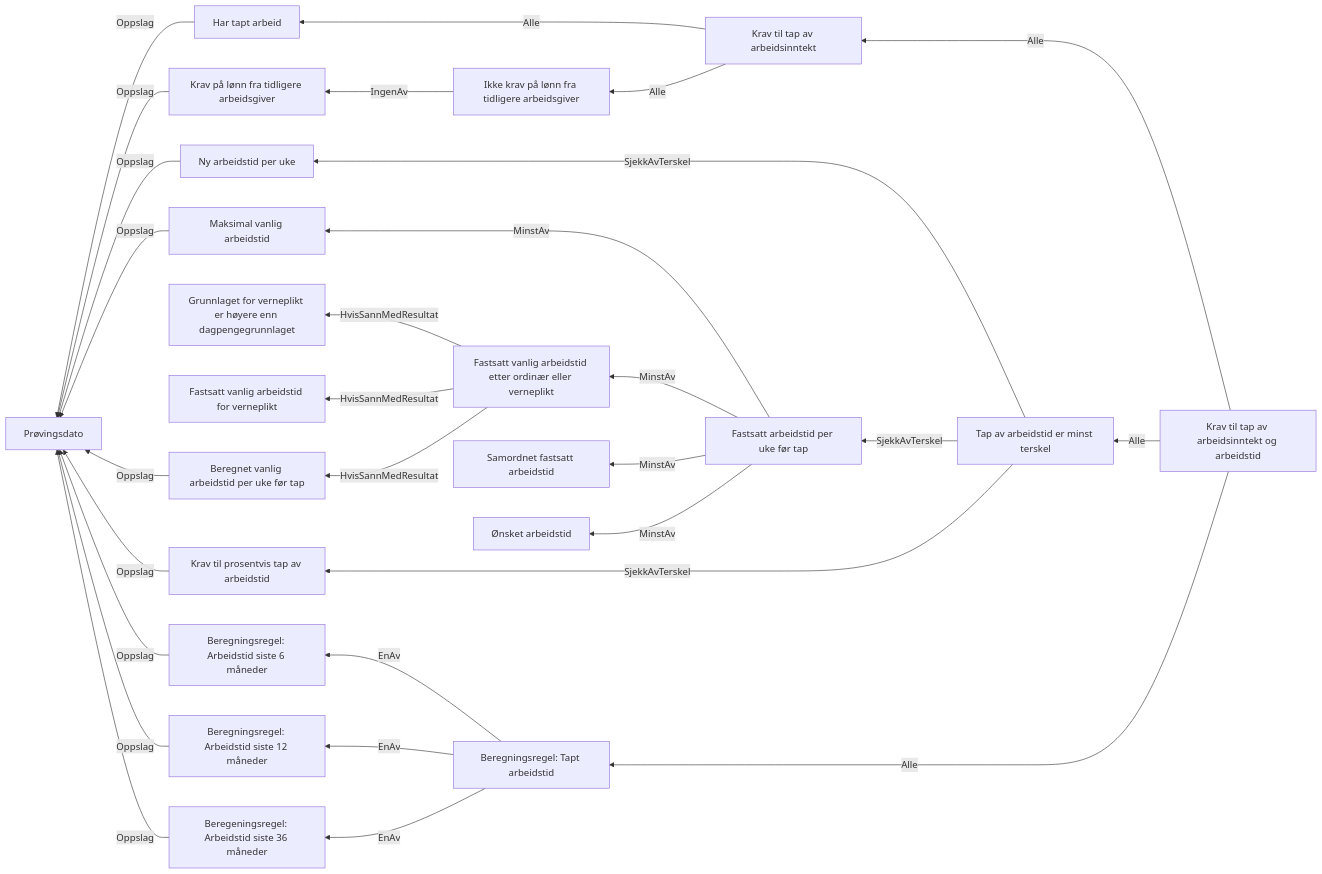
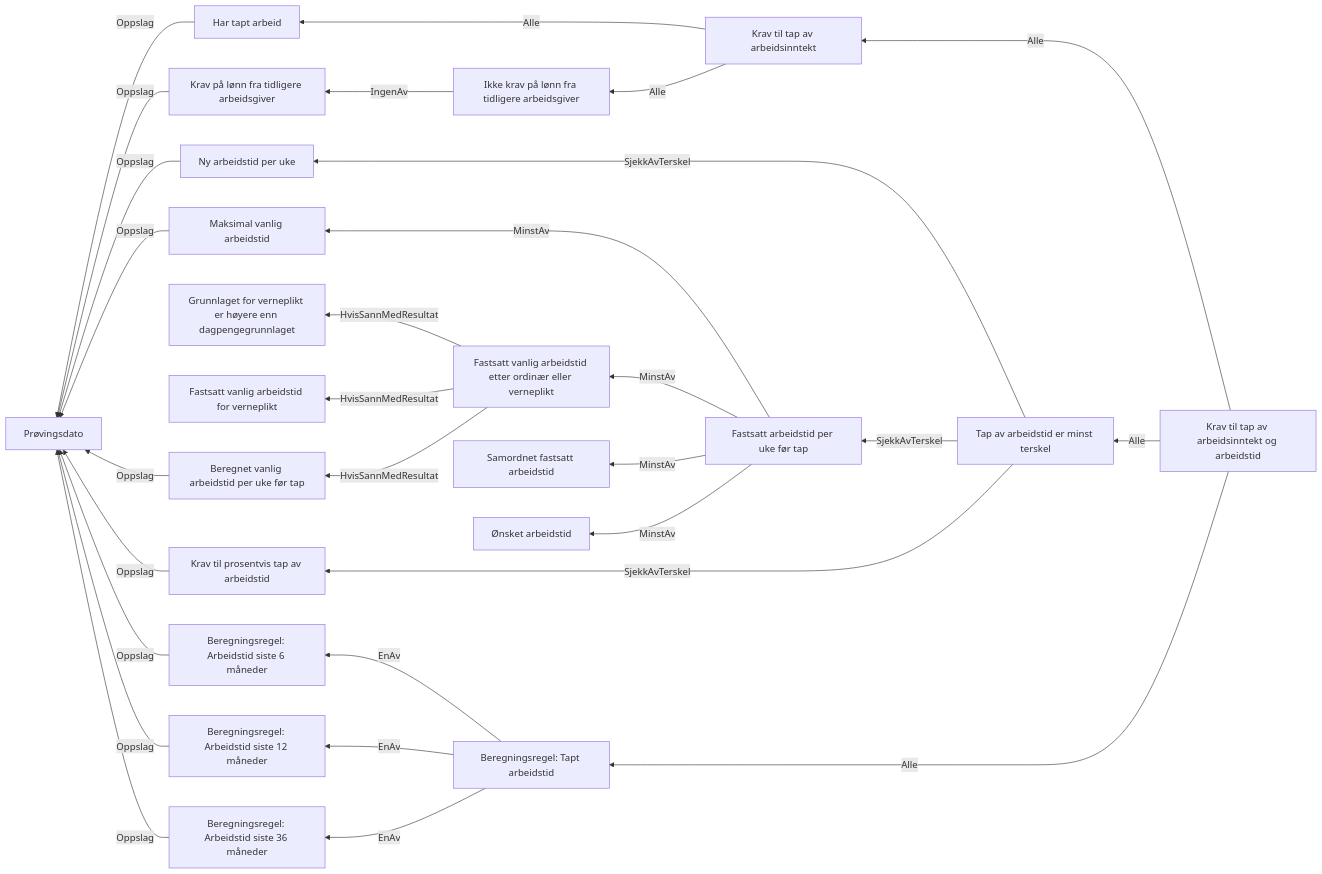
Before and after one commit to navikt/dp-vedtak: the diagram in docs/regler/§ 4-3. Tap av arbeidsinntekt og arbeidstid.approved.md, drawn with Mermaid. The commit also changed 10 other files, not shown here.

````diff
--- a/docs/regler/§ 4-3. Tap av arbeidsinntekt og arbeidstid.approved.md
+++ b/docs/regler/§ 4-3. Tap av arbeidsinntekt og arbeidstid.approved.md
@@ -5,31 +5,31 @@
 ```mermaid
 graph RL
   A["Har tapt arbeid"] -->|"Oppslag"| B["Prøvingsdato"]
   C["Krav på lønn fra tidligere arbeidsgiver"] -->|"Oppslag"| B["Prøvingsdato"]
   D["Ikke krav på lønn fra tidligere arbeidsgiver"] -->|"IngenAv"| C["Krav på lønn fra tidligere arbeidsgiver"]
   E["Krav til tap av arbeidsinntekt"] -->|"Alle"| A["Har tapt arbeid"]
   E["Krav til tap av arbeidsinntekt"] -->|"Alle"| D["Ikke krav på lønn fra tidligere arbeidsgiver"]
   F["Krav til prosentvis tap av arbeidstid"] -->|"Oppslag"| B["Prøvingsdato"]
   G["Beregningsregel: Arbeidstid siste 6 måneder"] -->|"Oppslag"| B["Prøvingsdato"]
   H["Beregningsregel: Arbeidstid siste 12 måneder"] -->|"Oppslag"| B["Prøvingsdato"]
-  I["Beregeningsregel: Arbeidstid siste 36 måneder"] -->|"Oppslag"| B["Prøvingsdato"]
+  I["Beregningsregel: Arbeidstid siste 36 måneder"] -->|"Oppslag"| B["Prøvingsdato"]
   J["Beregnet vanlig arbeidstid per uke før tap"] -->|"Oppslag"| B["Prøvingsdato"]
   K["Fastsatt vanlig arbeidstid etter ordinær eller verneplikt"] -->|"HvisSannMedResultat"| L["Grunnlaget for verneplikt er høyere enn dagpengegrunnlaget"]
   K["Fastsatt vanlig arbeidstid etter ordinær eller verneplikt"] -->|"HvisSannMedResultat"| M["Fastsatt vanlig arbeidstid for verneplikt"]
   K["Fastsatt vanlig arbeidstid etter ordinær eller verneplikt"] -->|"HvisSannMedResultat"| J["Beregnet vanlig arbeidstid per uke før tap"]
   N["Ny arbeidstid per uke"] -->|"Oppslag"| B["Prøvingsdato"]
   O["Maksimal vanlig arbeidstid"] -->|"Oppslag"| B["Prøvingsdato"]
   P["Fastsatt arbeidstid per uke før tap"] -->|"MinstAv"| O["Maksimal vanlig arbeidstid"]
   P["Fastsatt arbeidstid per uke før tap"] -->|"MinstAv"| K["Fastsatt vanlig arbeidstid etter ordinær eller verneplikt"]
   P["Fastsatt arbeidstid per uke før tap"] -->|"MinstAv"| Q["Samordnet fastsatt arbeidstid"]
   P["Fastsatt arbeidstid per uke før tap"] -->|"MinstAv"| R["Ønsket arbeidstid"]
   S["Tap av arbeidstid er minst terskel"] -->|"SjekkAvTerskel"| N["Ny arbeidstid per uke"]
   S["Tap av arbeidstid er minst terskel"] -->|"SjekkAvTerskel"| P["Fastsatt arbeidstid per uke før tap"]
   S["Tap av arbeidstid er minst terskel"] -->|"SjekkAvTerskel"| F["Krav til prosentvis tap av arbeidstid"]
   T["Beregningsregel: Tapt arbeidstid"] -->|"EnAv"| G["Beregningsregel: Arbeidstid siste 6 måneder"]
   T["Beregningsregel: Tapt arbeidstid"] -->|"EnAv"| H["Beregningsregel: Arbeidstid siste 12 måneder"]
-  T["Beregningsregel: Tapt arbeidstid"] -->|"EnAv"| I["Beregeningsregel: Arbeidstid siste 36 måneder"]
+  T["Beregningsregel: Tapt arbeidstid"] -->|"EnAv"| I["Beregningsregel: Arbeidstid siste 36 måneder"]
   U["Krav til tap av arbeidsinntekt og arbeidstid"] -->|"Alle"| E["Krav til tap av arbeidsinntekt"]
   U["Krav til tap av arbeidsinntekt og arbeidstid"] -->|"Alle"| S["Tap av arbeidstid er minst terskel"]
   U["Krav til tap av arbeidsinntekt og arbeidstid"] -->|"Alle"| T["Beregningsregel: Tapt arbeidstid"]
 ```
````
